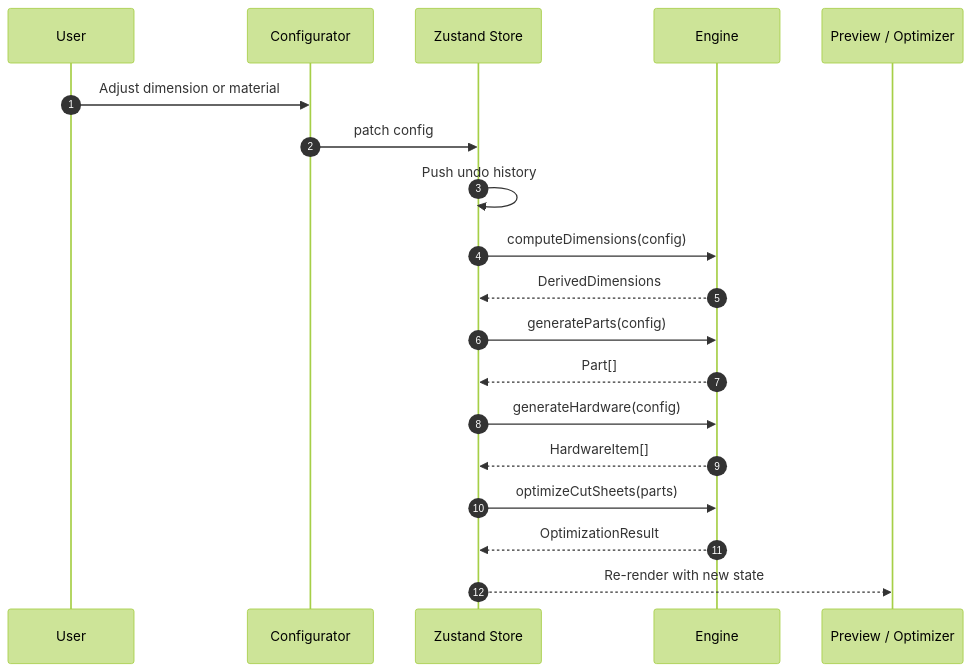
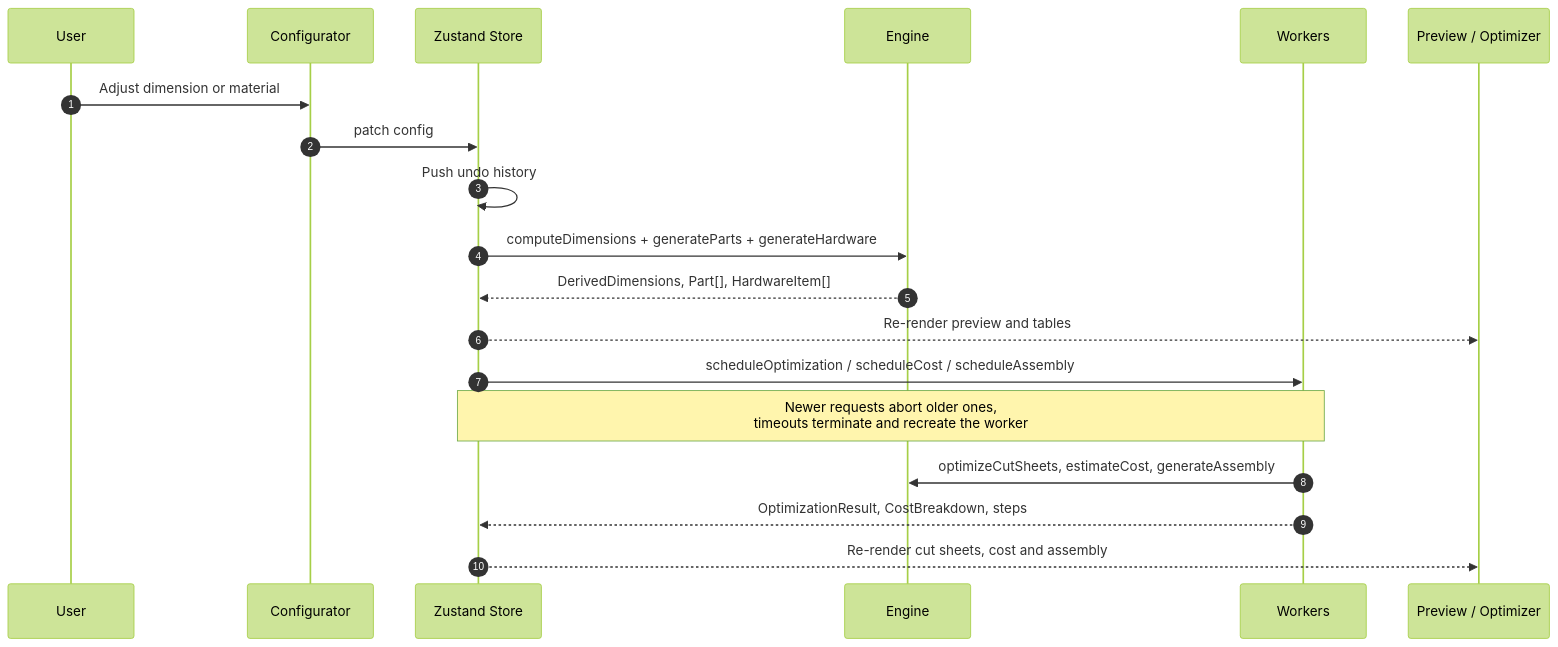
The third of 9 diagrams in docs/ARCHITECTURE.md (RajwanYair/WoodworkingShop), drawn with Mermaid (forest theme) before and after one commit. The commit also changed other lines of this file and 159 other files, not shown here.

Commit message:
feat: advance v5.35.0 roadmap work

````diff
--- a/docs/ARCHITECTURE.md
+++ b/docs/ARCHITECTURE.md
@@ -260,22 +244,22 @@
 ```mermaid
 sequenceDiagram
   autonumber
   participant U as User
   participant C as Configurator
   participant S as Zustand Store
   participant E as Engine
+  participant W as Workers
   participant V as Preview / Optimizer
 
   U->>C: Adjust dimension or material
   C->>S: patch config
   S->>S: Push undo history
-  S->>E: computeDimensions(config)
-  E-->>S: DerivedDimensions
-  S->>E: generateParts(config)
-  E-->>S: Part[]
-  S->>E: generateHardware(config)
-  E-->>S: HardwareItem[]
-  S->>E: optimizeCutSheets(parts)
-  E-->>S: OptimizationResult
-  S-->>V: Re-render with new state
+  S->>E: computeDimensions + generateParts + generateHardware
+  E-->>S: DerivedDimensions, Part[], HardwareItem[]
+  S-->>V: Re-render preview and tables
+  S->>W: scheduleOptimization / scheduleCost / scheduleAssembly
+  Note over S,W: Newer requests abort older ones,<br/>timeouts terminate and recreate the worker
+  W->>E: optimizeCutSheets, estimateCost, generateAssembly
+  W-->>S: OptimizationResult, CostBreakdown, steps
+  S-->>V: Re-render cut sheets, cost and assembly
 ```
````
